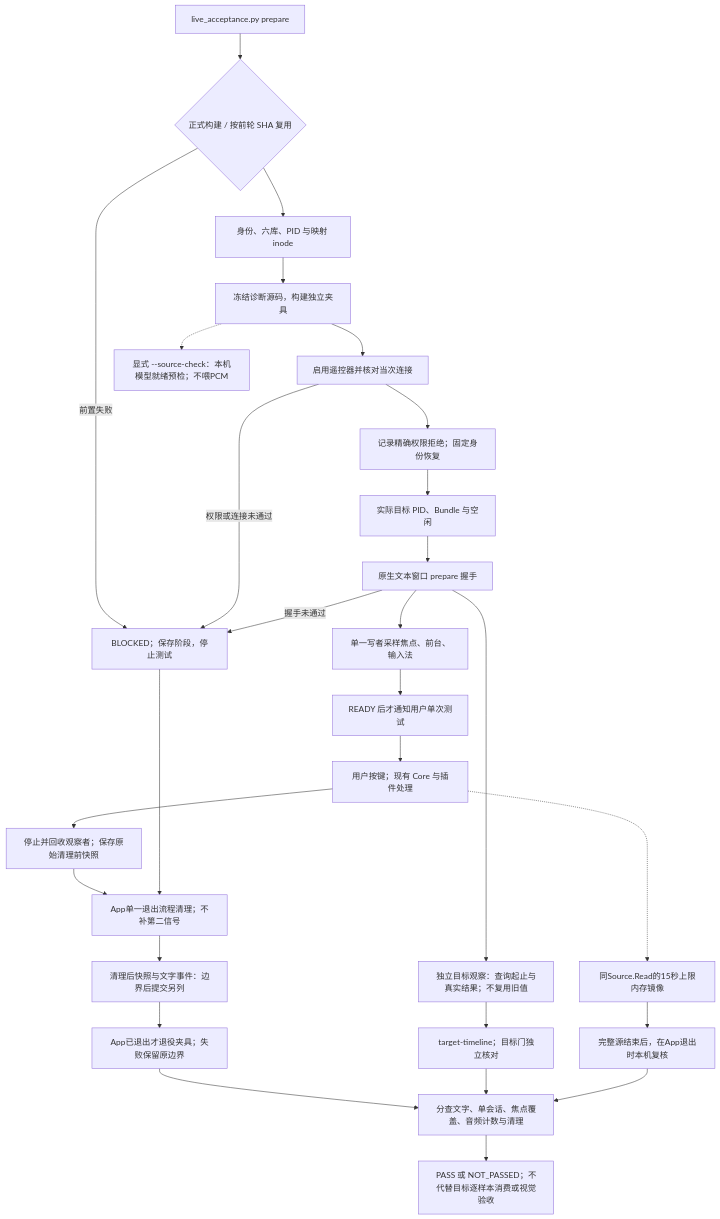
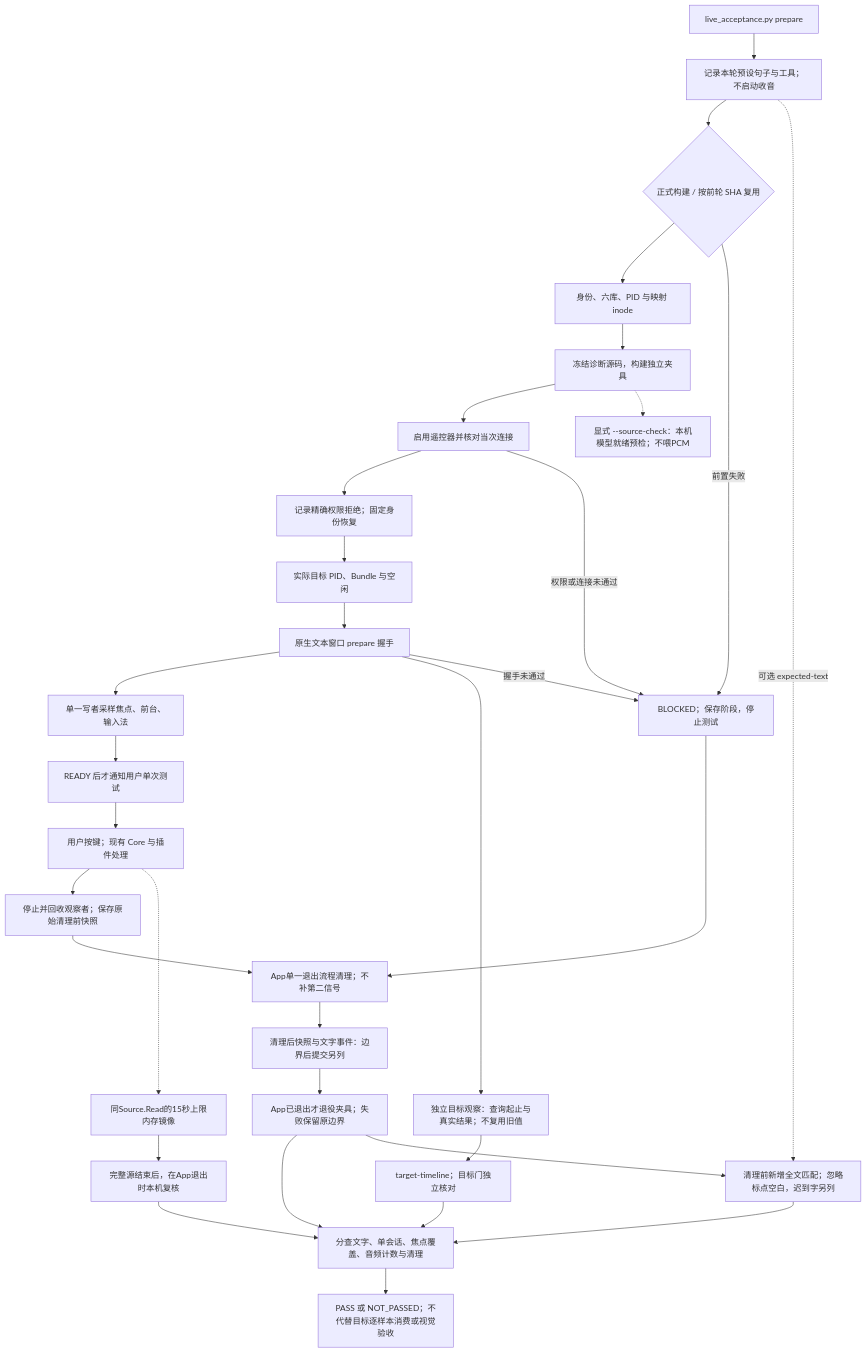
The diagram in tools/workbench/diagrams/live-acceptance.mmd (daftAI2026/MiMac), drawn with Mermaid before and after one commit. The commit also changed 5 other files, not shown here.

Commit message:
feat: verify whole planned utterances in combined voice acceptance

```diff
--- a/tools/workbench/diagrams/live-acceptance.mmd
+++ b/tools/workbench/diagrams/live-acceptance.mmd
@@ -1,28 +1,32 @@
 flowchart TD
-    entry["live_acceptance.py prepare"] --> fixed{"正式构建 / 按前轮 SHA 复用"}
+    entry["live_acceptance.py prepare"] --> plan["记录本轮预设句子与工具；不启动收音"]
+    plan --> fixed{"正式构建 / 按前轮 SHA 复用"}
     fixed --> identity["身份、六库、PID 与映射 inode"]
     identity --> native["冻结诊断源码，构建独立夹具"]
     native --> route["启用遥控器并核对当次连接"]
     route --> permission["记录精确权限拒绝；固定身份恢复"]
     permission --> idle["实际目标 PID、Bundle 与空闲"]
     idle --> client["原生文本窗口 prepare 握手"]
     client --> focus["单一写者采样焦点、前台、输入法"]
     client --> targetWatch["独立目标观察：查询起止与真实结果；不复用旧值"]
     targetWatch --> targetLog["target-timeline；目标门独立核对"]
     focus --> ready["READY 后才通知用户单次测试"]
     fixed -->|前置失败| blocked["BLOCKED；保存阶段，停止测试"]
     route -->|权限或连接未通过| blocked
     client -->|握手未通过| blocked
     ready --> human["用户按键；现有 Core 与插件处理"]
     human --> boundary["停止并回收观察者；保存原始清理前快照"]
     boundary --> finish["App单一退出流程清理；不补第二信号"]
     finish --> post["清理后快照与文字事件：边界后提交另列"]
     post --> closeClient["App已退出才退役夹具；失败保留原边界"]
     blocked --> finish
     closeClient --> evidence["分查文字、单会话、焦点覆盖、音频计数与清理"]
+    plan -. "可选 expected-text" .-> whole["清理前新增全文匹配；忽略标点空白，迟到字另列"]
+    closeClient --> whole
+    whole --> evidence
     targetLog --> evidence
     evidence --> result["PASS 或 NOT_PASSED；不代替目标逐样本消费或视觉验收"]
     native -.-> probeMode["显式 --source-check：本机模型就绪预检；不喂PCM"]
     human -.-> mirror["同Source.Read的15秒上限内存镜像"]
     mirror --> exitReplay["完整源结束后，在App退出时本机复核"]
     exitReplay --> evidence
```
